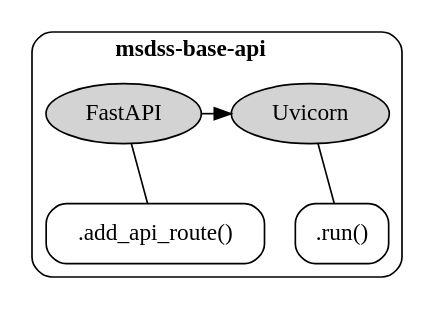
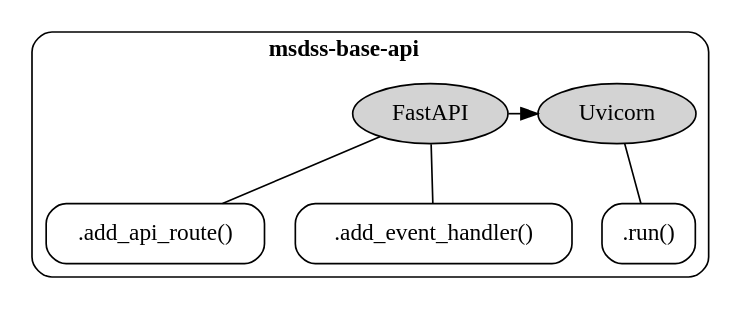
Before and after one commit to rrwen/msdss-base-api: the diagram in docs/source/index.rst, drawn with Graphviz. The commit also changed other lines of this file and 25 other files, not shown here.

```diff
--- a/docs/source/index.rst
+++ b/docs/source/index.rst
@@ -60,15 +90,17 @@
 .. digraph:: methods
 
    rankdir=TB;
    api[label="FastAPI" URL="https://fastapi.tiangolo.com/" style=filled];
    apimeth1[label=".add_api_route()" shape=rect style=rounded URL="https://github.com/tiangolo/fastapi/blob/bee35f5ae1fc58e7ab125427ad4287210e99d8b3/fastapi/routing.py#L479"];
+   apimeth2[label=".add_event_handler()" shape=rect style=rounded URL="https://github.com/encode/starlette/blob/6c556f6c5e4aa70173a84f6e6854390241231021/starlette/routing.py#L749"];
    server[label="Uvicorn" URL="https://www.uvicorn.org/" style=filled];
    servermeth1[label=".run()" shape=rect style=rounded URL="https://www.uvicorn.org/deployment/#running-programmatically"];
 
    subgraph cluster {
       label=< <B>msdss-base-api</B> >;
       style=rounded;
       {rank=min; api -> server;}
       apimeth1 -> api[arrowhead=none];
+      apimeth2 -> api[arrowhead=none];
       servermeth1 -> server[arrowhead=none];
    }
```
